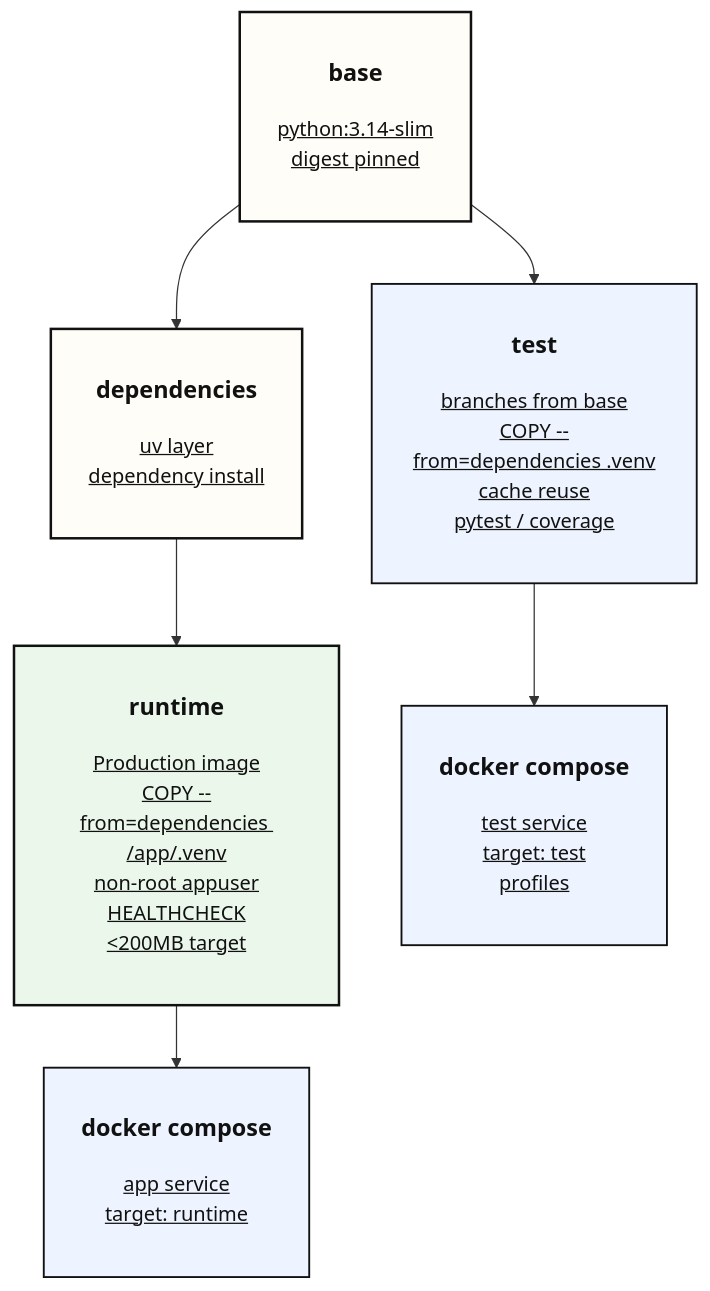
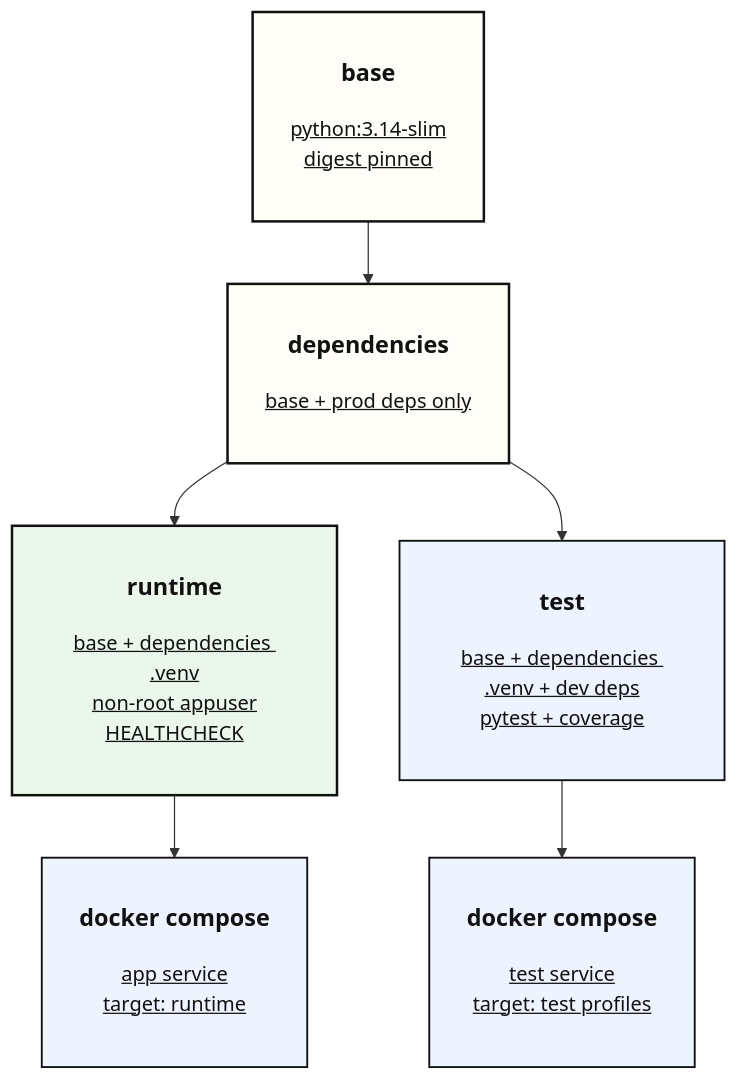
The fourth of 4 diagrams in README.md (yaoki-dev/api-test-devops-portfolio), drawn with Mermaid before and after one commit. The commit also changed other lines of this file and 6 other files, not shown here.

````diff
--- a/README.md
+++ b/README.md
@@ -203,29 +218,29 @@
 ```mermaid
 flowchart TD
     B["<h3>base</h3><u>python:3.14-slim<br/>digest pinned</u>
     <br/>"]
 
-    B --> D["<h3>dependencies</h3><u>uv layer<br/>dependency install</u>
+    B --> D["<h3>dependencies</h3><u>base + prod deps only</u>
     <br/>"]
 
-    D --> R["<h3>runtime</h3><u>Production image<br/>COPY --from=dependencies /app/.venv<br/>non-root appuser<br/>HEALTHCHECK<br/>&lt;200MB target</u>
+    D --> R["<h3>runtime</h3><u>base + dependencies .venv<br/>non-root appuser<br/>HEALTHCHECK</u>
     <br/>"]
 
-    B --> T["<h3>test</h3><u>branches from base<br/>COPY --from=dependencies .venv<br/>cache reuse<br/>pytest / coverage</u>
+    D --> T["<h3>test</h3><u>base + dependencies .venv + dev deps<br/>pytest + coverage</u>
     <br/>"]
 
     R --> C1["<h3>docker compose</h3><u>app service<br/>target: runtime</u>
     <br/>"]
 
-    T --> C2["<h3>docker compose</h3><u>test service<br/>target: test<br/>profiles</u>
+    T --> C2["<h3>docker compose</h3><u>test service<br/>target: test profiles</u>
     <br/>"]
 
     classDef default fill:#F7F3EA,stroke:#111,stroke-width:1.5px,color:#111;
     classDef key fill:#FFFDF7,stroke:#111,stroke-width:2px,color:#111;
     classDef runtime fill:#EAF7EA,stroke:#111,stroke-width:2px,color:#111;
     classDef support fill:#EEF4FF,stroke:#111,stroke-width:1.5px,color:#111;
 
     class B,D key;
     class R runtime;
     class T,C1,C2 support;
 ```
````
